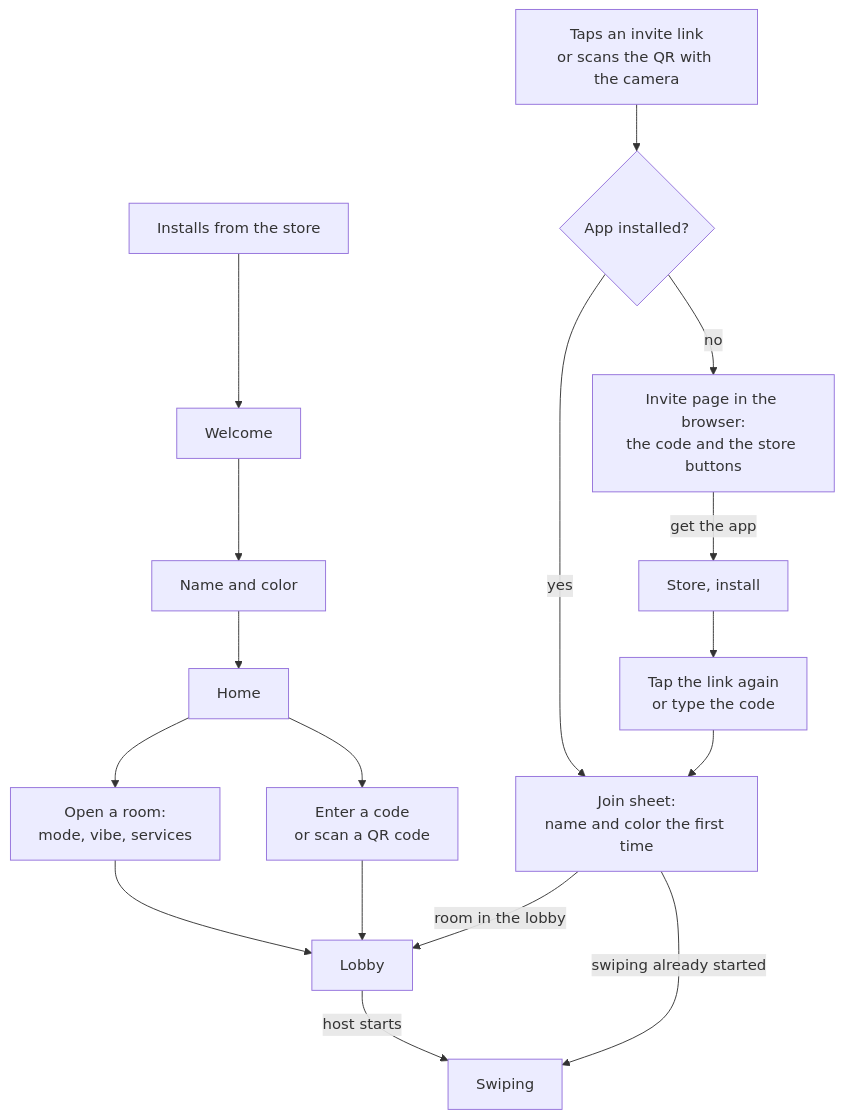
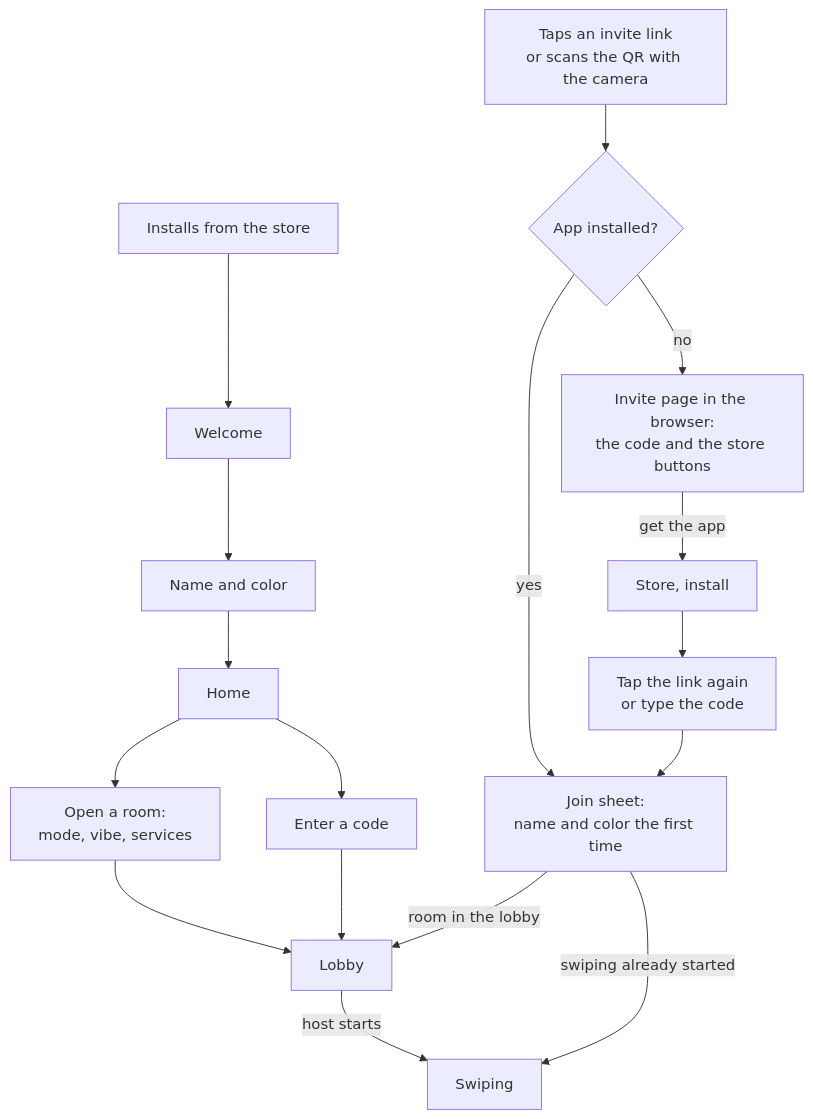
The diagram in docs/product/onboarding.md (harryviennot/flimme), drawn with Mermaid before and after one commit. The commit also changed other lines of this file and 16 other files, not shown here.

````diff
--- a/docs/product/onboarding.md
+++ b/docs/product/onboarding.md
@@ -47,13 +47,13 @@
 ```mermaid
 flowchart TD
   inst["Installs from the store"] --> wel["Welcome"] --> name["Name and color"] --> home["Home"]
   home --> host["Open a room:<br/>mode, vibe, services"] --> lobby["Lobby"]
-  home --> code["Enter a code<br/>or scan a QR code"] --> lobby
+  home --> code["Enter a code"] --> lobby
   link["Taps an invite link<br/>or scans the QR with the camera"] --> has{"App installed?"}
   has -->|yes| sheet["Join sheet:<br/>name and color the first time"]
   has -->|no| page["Invite page in the browser:<br/>the code and the store buttons"]
   page -->|get the app| store["Store, install"] --> again["Tap the link again<br/>or type the code"] --> sheet
   sheet -->|room in the lobby| lobby
   sheet -->|swiping already started| game["Swiping"]
   lobby -->|host starts| game
 ```
````
